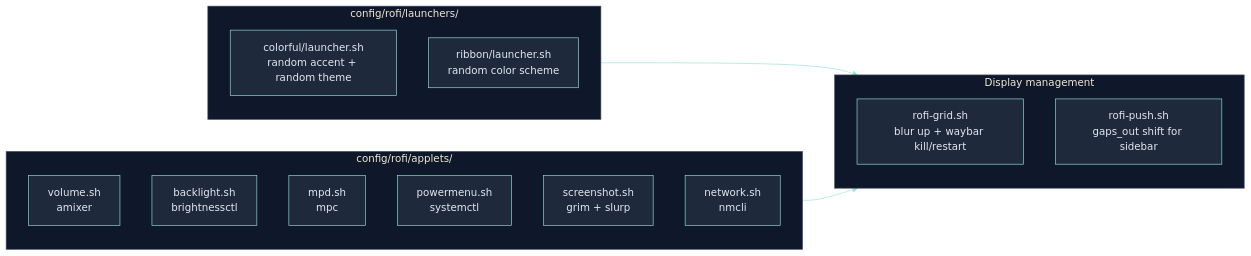
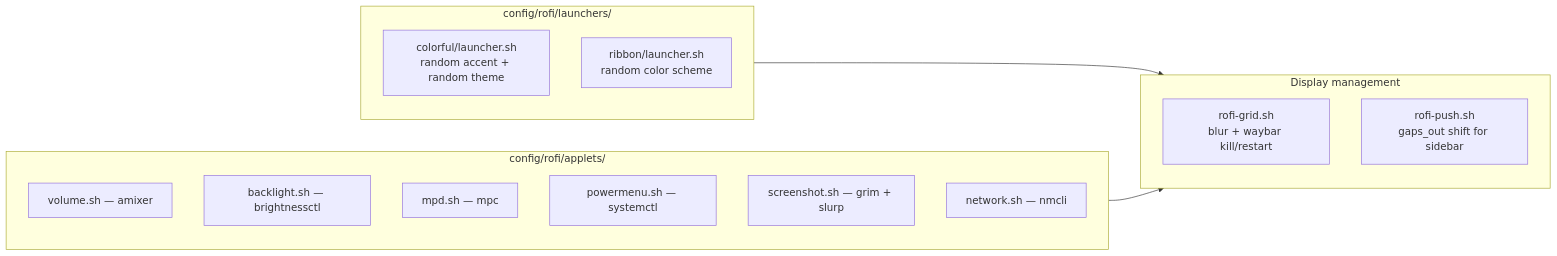
Before and after one commit to RomeoCavazza/nixos-config: the seventh of 8 diagrams in docs/README.md, drawn with Mermaid. The commit also changed other lines of this file, not shown here.

Commit message:
docs: fix Mermaid parse errors, clean stray PNGs, use default GitHub colors

````diff
--- a/docs/README.md
+++ b/docs/README.md
@@ -346,25 +340,24 @@
 ```mermaid
-%%{init: {'theme': 'base', 'themeVariables': { 'primaryColor': '#1e293b', 'secondaryColor': '#0f172a', 'tertiaryColor': '#0f172a', 'primaryBorderColor': '#94e2d5', 'lineColor': '#94e2d5', 'primaryTextColor': '#e2e8f0', 'clusterBkg': '#0f172a', 'clusterBorder': '#475569' }}}%%
 graph LR
   subgraph launchers["config/rofi/launchers/"]
     colorful[colorful/launcher.sh\nrandom accent + random theme]
     ribbon[ribbon/launcher.sh\nrandom color scheme]
   end
 
   subgraph applets["config/rofi/applets/"]
-    vol[volume.sh\namixer]
-    bl[backlight.sh\nbrightnessctl]
-    mpd[mpd.sh\nmpc]
-    pwr[powermenu.sh\nsystemctl]
-    ss[screenshot.sh\ngrim + slurp]
-    net[network.sh\nnmcli]
+    vol[volume.sh — amixer]
+    bl[backlight.sh — brightnessctl]
+    mpd[mpd.sh — mpc]
+    pwr[powermenu.sh — systemctl]
+    ss[screenshot.sh — grim + slurp]
+    net[network.sh — nmcli]
   end
 
   subgraph mgmt["Display management"]
-    grid[rofi-grid.sh\nblur up + waybar kill/restart]
+    grid[rofi-grid.sh\nblur + waybar kill/restart]
     push[rofi-push.sh\ngaps_out shift for sidebar]
   end
 
   launchers --> mgmt
   applets --> mgmt
 ```
````
